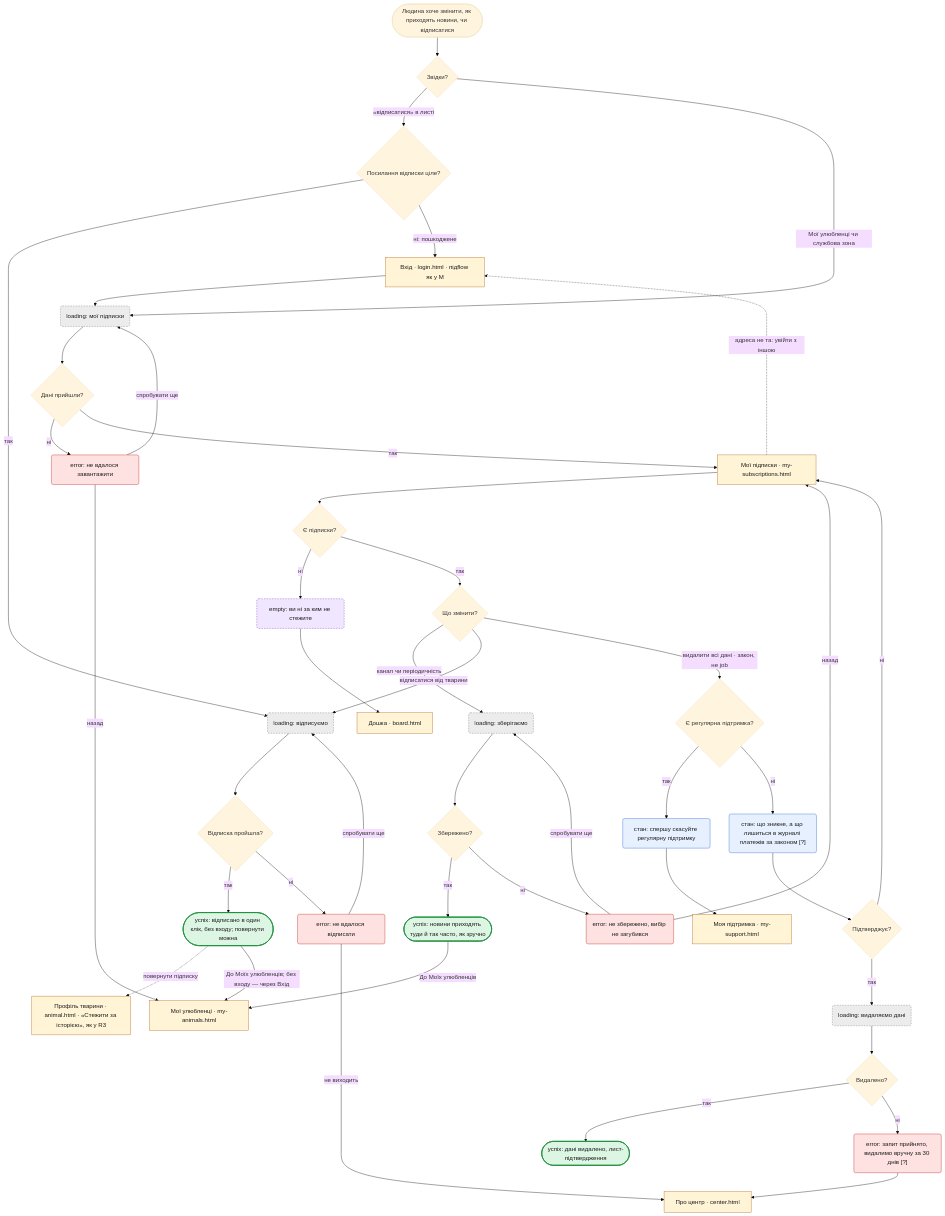
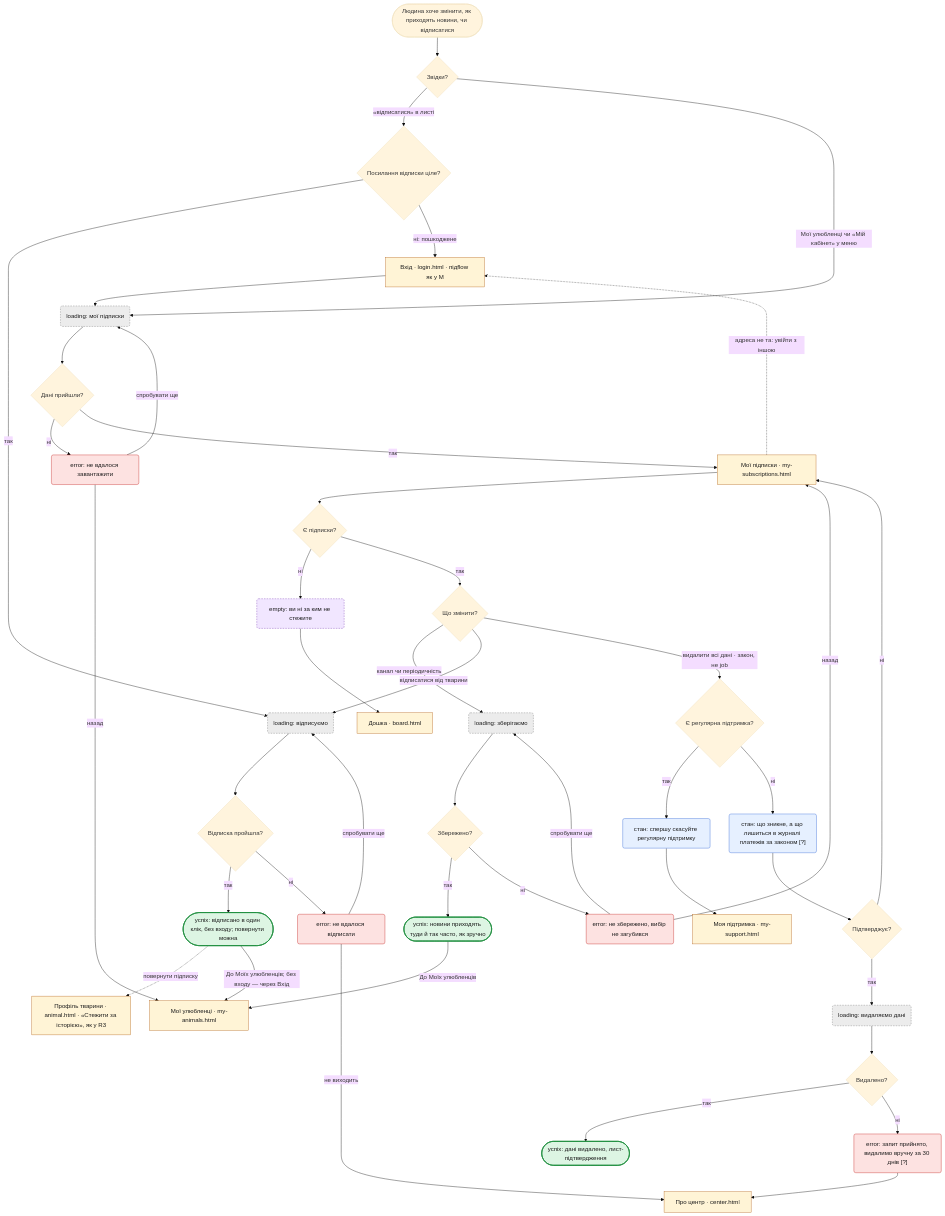
The sixth of 8 diagrams in flows.md (diadieva/pride), drawn with Mermaid (base theme) before and after one commit. The commit also changed other lines of this file and 67 other files, not shown here.

````diff
--- a/flows.md
+++ b/flows.md
@@ -615,61 +615,61 @@
 ```mermaid
 flowchart TD
     S(["Людина хоче змінити, як приходять новини, чи відписатися"]) --> Q1{"Звідки?"}
     Q1 -->|"«відписатися» в листі"| Q2{"Посилання відписки ціле?"}
     Q2 -->|так| L1("loading: відписуємо")
     Q2 -->|"ні: пошкоджене"| LOGIN["Вхід · login.html · підflow як у M"]
     L1 --> Q3{"Відписка пройшла?"}
     Q3 -->|так| OK1(["успіх: відписано в один клік, без входу; повернути можна"])
     OK1 -.->|"повернути підписку"| PROF["Профіль тварини · animal.html · «Стежити за історією», як у R3"]
     Q3 -->|ні| E1("error: не вдалося відписати")
     E1 -->|"спробувати ще"| L1
     E1 -->|"не виходить"| CONTACT["Про центр · center.html"]
 
-    Q1 -->|"Мої улюбленці чи службова зона"| L2("loading: мої підписки")
+    Q1 -->|"Мої улюбленці чи «Мій кабінет» у меню"| L2("loading: мої підписки")
     LOGIN --> L2
     L2 --> Q4{"Дані прийшли?"}
     Q4 -->|ні| E2("error: не вдалося завантажити")
     E2 -->|"спробувати ще"| L2
     E2 -->|"назад"| MAIN["Мої улюбленці · my-animals.html"]
     Q4 -->|так| SUBS["Мої підписки · my-subscriptions.html"]
     SUBS -.->|"адреса не та: увійти з іншою"| LOGIN
     SUBS --> Q5{"Є підписки?"}
     Q5 -->|ні| EM1("empty: ви ні за ким не стежите")
     EM1 --> BOARD["Дошка · board.html"]
     Q5 -->|так| Q6{"Що змінити?"}
 
     Q6 -->|"канал чи періодичність"| L3("loading: зберігаємо")
     L3 --> Q7{"Збережено?"}
     Q7 -->|так| OK2(["успіх: новини приходять туди й так часто, як зручно"])
     OK2 -->|"До Моїх улюбленців"| MAIN
     OK1 -->|"До Моїх улюбленців; без входу — через Вхід"| MAIN
     Q7 -->|ні| E3("error: не збережено, вибір не загубився")
     E3 -->|"спробувати ще"| L3
     E3 -->|"назад"| SUBS
 
     Q6 -->|"відписатися від тварини"| L1
 
     Q6 -->|"видалити всі дані · закон, не job"| Q8{"Є регулярна підтримка?"}
     Q8 -->|так| ST1("стан: спершу скасуйте регулярну підтримку")
     ST1 --> SUP["Моя підтримка · my-support.html"]
     Q8 -->|ні| ST2("стан: що зникне, а що лишиться в журналі платежів за законом [?]")
     ST2 --> Q9{"Підтверджує?"}
     Q9 -->|ні| SUBS
     Q9 -->|так| L4("loading: видаляємо дані")
     L4 --> Q10{"Видалено?"}
     Q10 -->|так| OK3(["успіх: дані видалено, лист-підтвердження"])
     Q10 -->|ні| E4("error: запит прийнято, видалимо вручну за 30 днів [?]")
     E4 --> CONTACT
     classDef screen fill:#FFF4D6,stroke:#B5651D,color:#1a1a1a
     classDef loading fill:#ECECEC,stroke:#777777,color:#1a1a1a,stroke-dasharray:4 3
     classDef empty fill:#F1E6FF,stroke:#7B3FB5,color:#1a1a1a,stroke-dasharray:4 3
     classDef error fill:#FDE2E1,stroke:#C5221F,color:#1a1a1a
     classDef state fill:#E6F0FF,stroke:#3367D6,color:#1a1a1a
     classDef ok fill:#DDF5E3,stroke:#1E8E3E,color:#1a1a1a,stroke-width:2px
     class LOGIN,CONTACT,MAIN,SUBS,BOARD,SUP,PROF screen
     class L1,L2,L3,L4 loading
     class EM1 empty
     class E1,E2,E3,E4 error
     class ST1,ST2 state
     class OK1,OK2,OK3 ok
 ```
````
